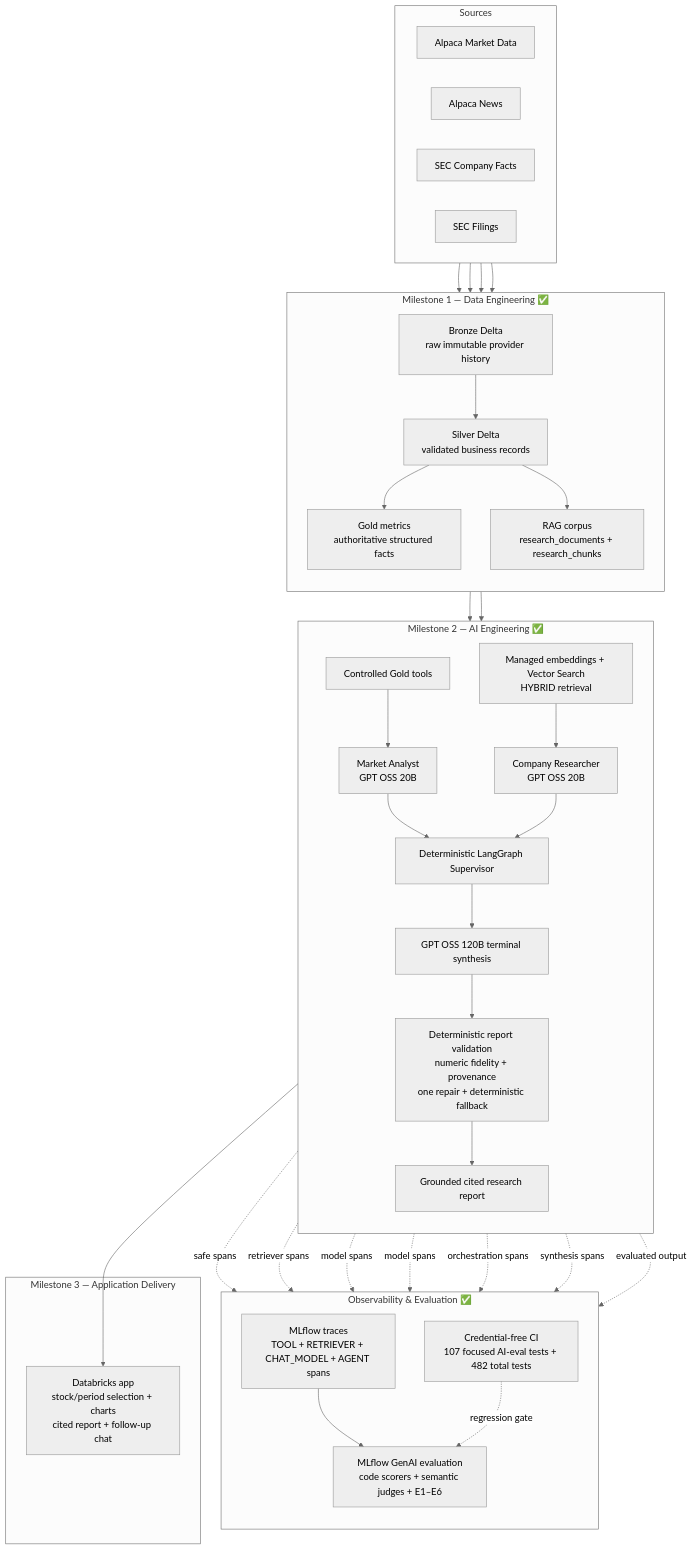
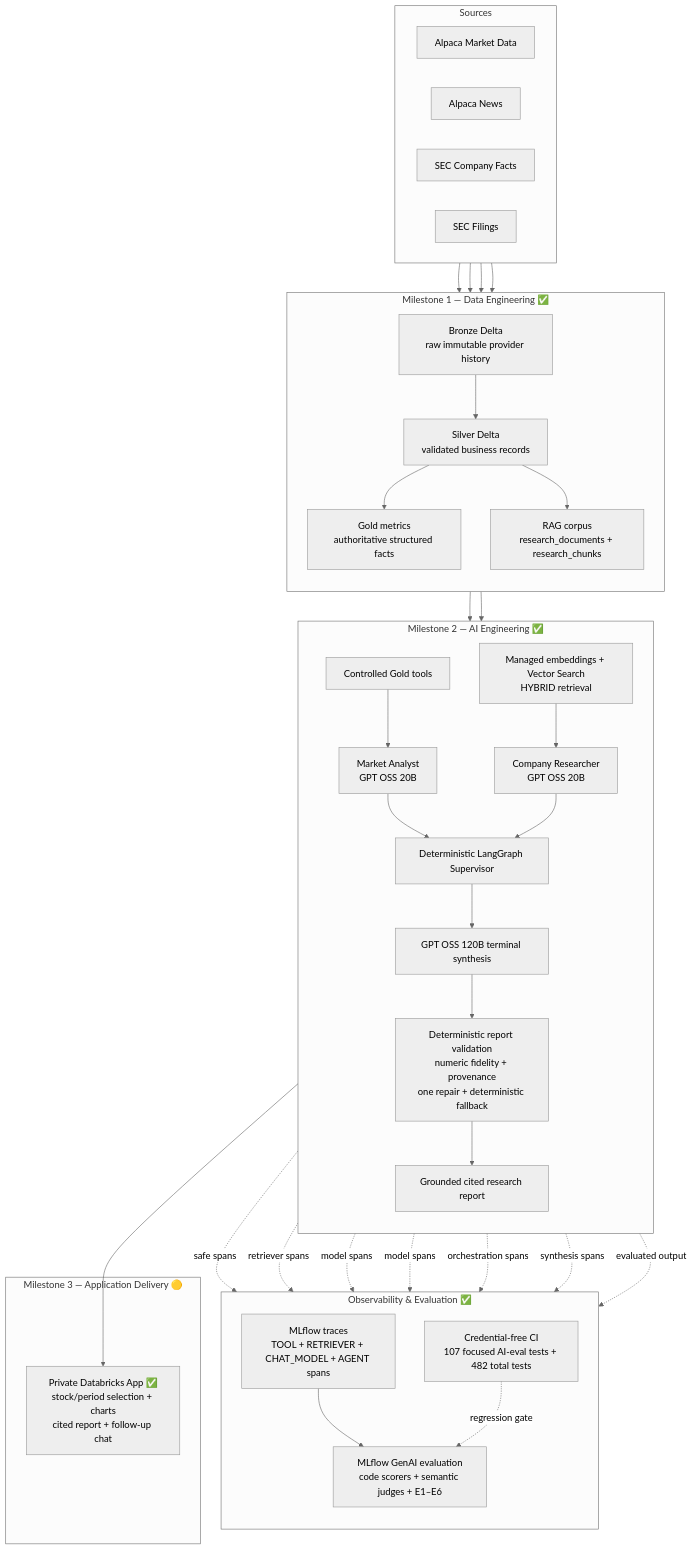
One commit to maghdam/multi-agent-equity-research-system-on-databricks changed the diagram in README.md. Above: the diagram before and after it, drawn with Mermaid (neutral theme). The commit also changed other lines of this file, not shown here.

Commit message:
docs: refresh README for deployed application

````diff
--- a/README.md
+++ b/README.md
@@ -45,69 +46,69 @@
 ```mermaid
 flowchart TB
     subgraph SRC["Sources"]
         direction LR
         A1["Alpaca Market Data"]
         A2["Alpaca News"]
         E1["SEC Company Facts"]
         E2["SEC Filings"]
     end
 
     subgraph DE["Milestone 1 — Data Engineering ✅"]
         direction TB
         B["Bronze Delta<br/>raw immutable provider history"]
         S["Silver Delta<br/>validated business records"]
         G["Gold metrics<br/>authoritative structured facts"]
         R["RAG corpus<br/>research_documents + research_chunks"]
     end
 
     subgraph AI["Milestone 2 — AI Engineering ✅"]
         direction TB
         CT["Controlled Gold tools"]
         VS["Managed embeddings + Vector Search<br/>HYBRID retrieval"]
         MA["Market Analyst<br/>GPT OSS 20B"]
         CR["Company Researcher<br/>GPT OSS 20B"]
         SUP["Deterministic LangGraph Supervisor"]
         SYN["GPT OSS 120B terminal synthesis"]
         VAL["Deterministic report validation<br/>numeric fidelity + provenance<br/>one repair + deterministic fallback"]
         REP["Grounded cited research report"]
     end
 
     subgraph OBS["Observability & Evaluation ✅"]
         direction TB
         TR["MLflow traces<br/>TOOL + RETRIEVER + CHAT_MODEL + AGENT spans"]
         EV["MLflow GenAI evaluation<br/>code scorers + semantic judges + E1–E6"]
         CI["Credential-free CI<br/>107 focused AI-eval tests + 482 total tests"]
     end
 
-    subgraph APP["Milestone 3 — Application Delivery"]
-        UI["Databricks app<br/>stock/period selection + charts<br/>cited report + follow-up chat"]
+    subgraph APP["Milestone 3 — Application Delivery 🟡"]
+        UI["Private Databricks App ✅<br/>stock/period selection + charts<br/>cited report + follow-up chat"]
     end
 
     A1 --> B
     A2 --> B
     E1 --> B
     E2 --> B
 
     B --> S
     S --> G
     S --> R
 
     G --> CT --> MA
     R --> VS --> CR
 
     MA --> SUP
     CR --> SUP
     SUP --> SYN --> VAL --> REP
 
     CT -. safe spans .-> TR
     VS -. retriever spans .-> TR
     MA -. model spans .-> TR
     CR -. model spans .-> TR
     SUP -. orchestration spans .-> TR
     SYN -. synthesis spans .-> TR
     REP -. evaluated output .-> EV
     TR --> EV
     CI -. regression gate .-> EV
 
     REP --> UI
 ```
````
